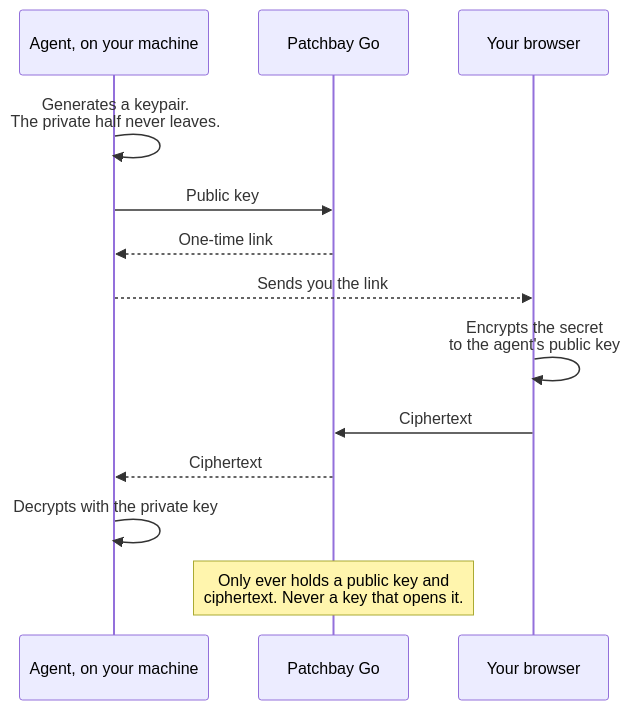
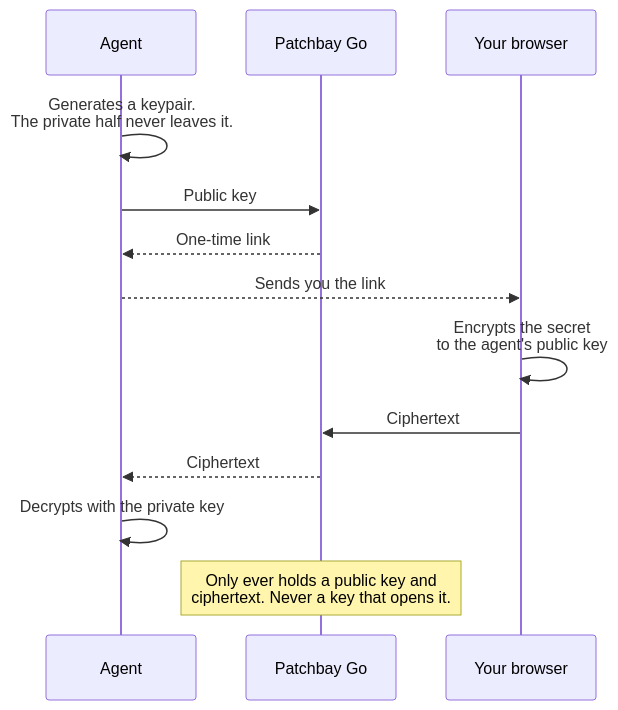
The diagram in README.md (synodic-studio/go-kj6-dev), drawn with Mermaid before and after one commit. The commit also changed other lines of this file and 1 other file, not shown here.

Commit message:
Stop placing the agent on your machine
The requester can run anywhere; what matters is that the private key stays
wherever it was generated, which the diagram now says instead.

````diff
--- a/README.md
+++ b/README.md
@@ -82,15 +82,15 @@
 ```mermaid
 sequenceDiagram
-    participant A as Agent, on your machine
+    participant A as Agent
     participant P as Patchbay Go
     participant B as Your browser
-    A->>A: Generates a keypair.<br/>The private half never leaves.
+    A->>A: Generates a keypair.<br/>The private half never leaves it.
     A->>P: Public key
     P-->>A: One-time link
     A-->>B: Sends you the link
     B->>B: Encrypts the secret<br/>to the agent's public key
     B->>P: Ciphertext
     P-->>A: Ciphertext
     A->>A: Decrypts with the private key
     Note over P: Only ever holds a public key and<br/>ciphertext. Never a key that opens it.
 ```
````
